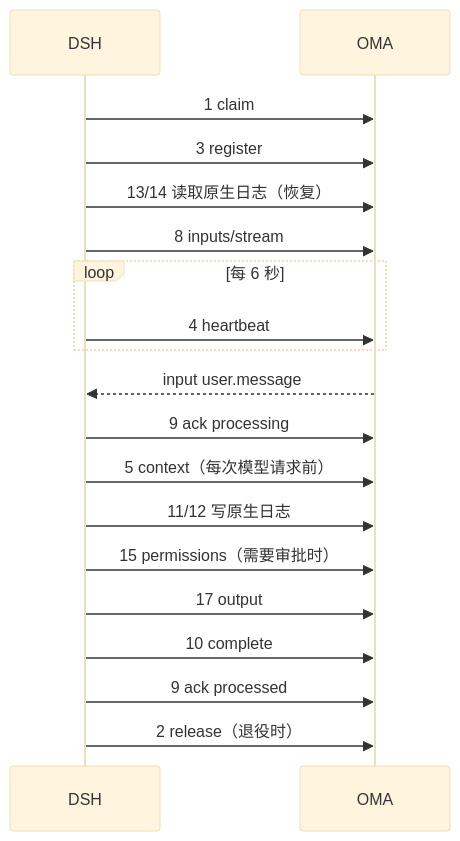
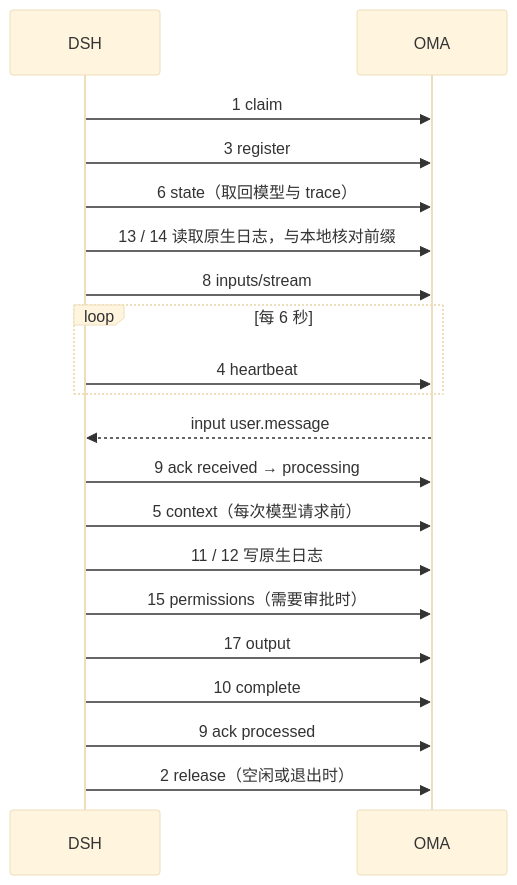
One commit to superduck-ai/open-managed-agents changed the diagram in docs/design/be/dsrv1/api-reference.md. Above: the diagram before and after it, drawn with Mermaid (base theme). The commit also changed other lines of this file and 1 other file, not shown here.

````diff
--- a/docs/design/be/dsrv1/api-reference.md
+++ b/docs/design/be/dsrv1/api-reference.md
@@ -31,21 +31,22 @@
 ```mermaid
 sequenceDiagram
     participant D as DSH
     participant A as OMA
     D->>A: 1 claim
     D->>A: 3 register
-    D->>A: 13/14 读取原生日志（恢复）
+    D->>A: 6 state（取回模型与 trace）
+    D->>A: 13 / 14 读取原生日志，与本地核对前缀
     D->>A: 8 inputs/stream
     loop 每 6 秒
         D->>A: 4 heartbeat
     end
     A-->>D: input user.message
-    D->>A: 9 ack processing
+    D->>A: 9 ack received → processing
     D->>A: 5 context（每次模型请求前）
-    D->>A: 11/12 写原生日志
+    D->>A: 11 / 12 写原生日志
     D->>A: 15 permissions（需要审批时）
     D->>A: 17 output
     D->>A: 10 complete
     D->>A: 9 ack processed
-    D->>A: 2 release（退役时）
+    D->>A: 2 release（空闲或退出时）
 ```
````
